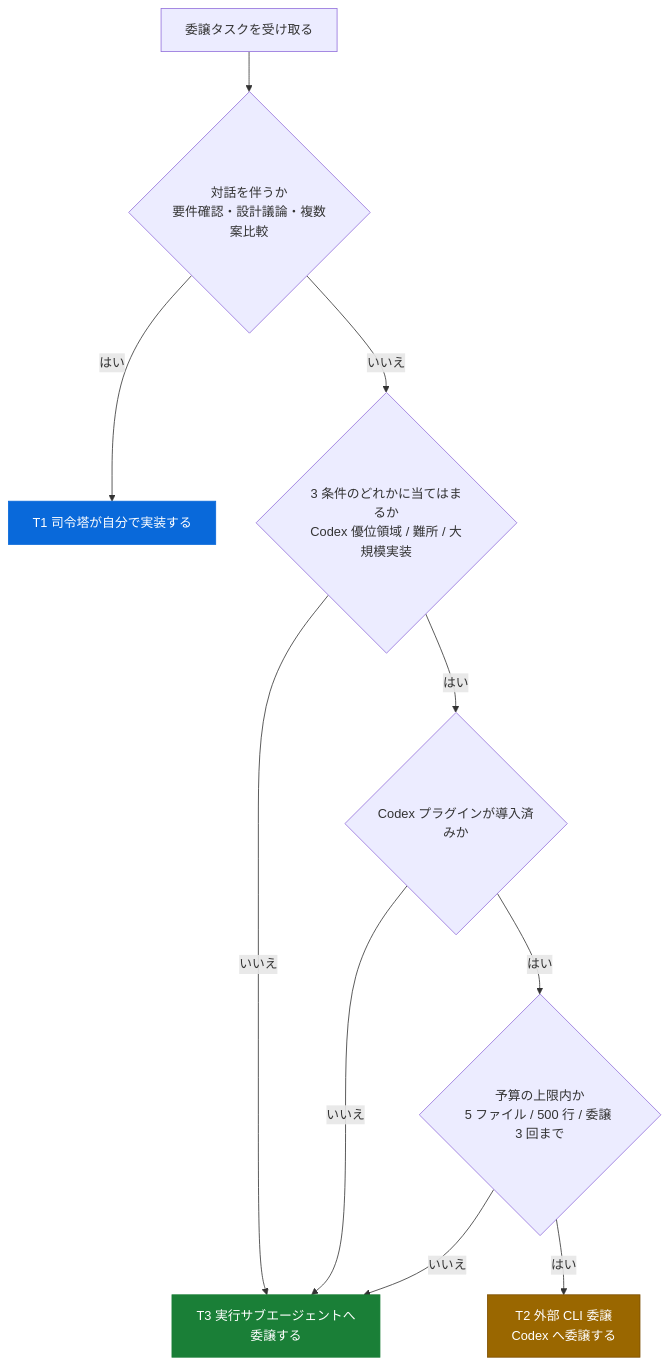
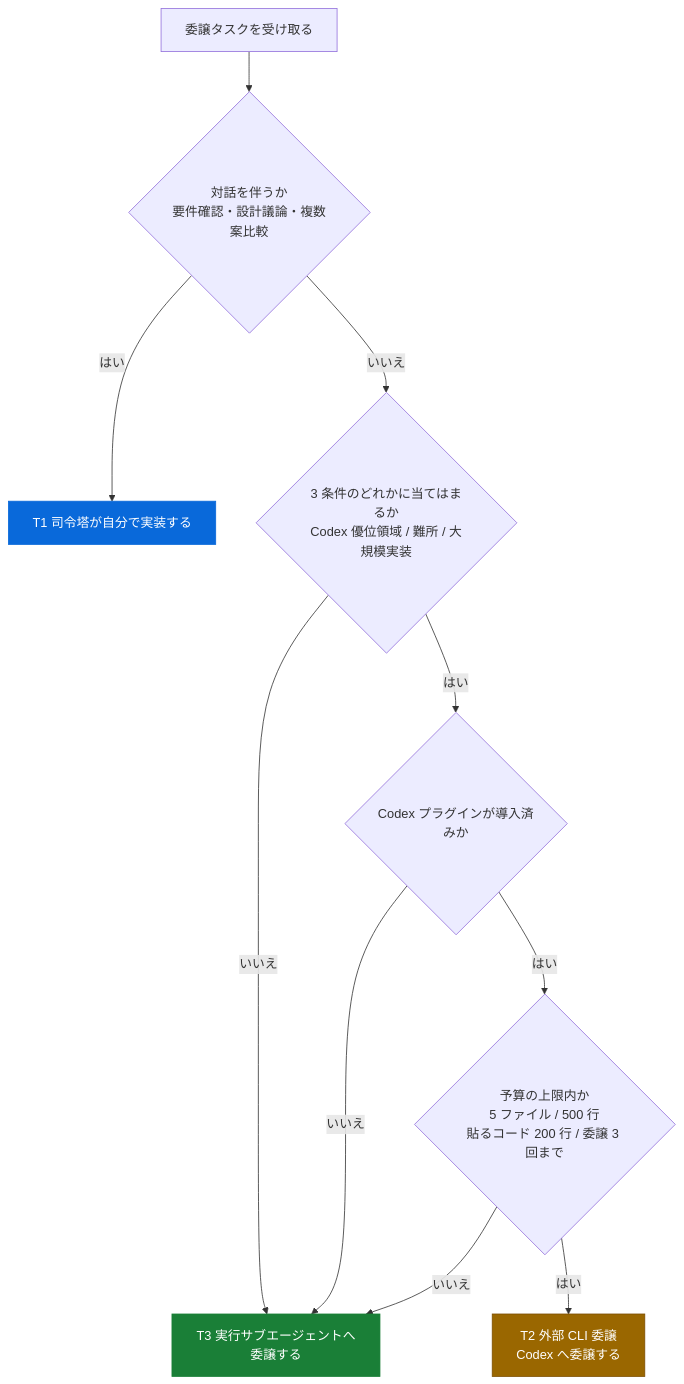
One commit to phantom-suzuki/dotfiles changed the diagram in private_dot_claude/skills/task-delegation/SKILL.md. Above: the diagram before and after it, drawn with Mermaid. The commit also changed other lines of this file and 2 other files, not shown here.

Commit message:
docs(codex): fix self-review ref and add pasted-code budget limit
CodeRabbit のレビュー指摘 2 件に対応する。

- self-review の effort 自動判定の参照先を、実装のある
  self-review/scripts/codex-review.sh に直す。参照先が
  references/review-prompts.md になっていた
- task-delegation の着手前チェックと Mermaid の予算判定に、
  「プロンプトに貼るコード 200 行」の上限を追記する。上限の一覧表には
  有ったが判定側に無く、貼付コードが 200 行を超えても T2 を選べていた

````diff
--- a/private_dot_claude/skills/task-delegation/SKILL.md
+++ b/private_dot_claude/skills/task-delegation/SKILL.md
@@ -73,19 +73,19 @@
 ```mermaid
 graph TD
   start[委譲タスクを受け取る] --> dialog{対話を伴うか<br/>要件確認・設計議論・複数案比較}
   dialog -- はい --> t1[T1 司令塔が自分で実装する]
   dialog -- いいえ --> cond{3 条件のどれかに当てはまるか<br/>Codex 優位領域 / 難所 / 大規模実装}
   cond -- いいえ --> t3[T3 実行サブエージェントへ委譲する]
   cond -- はい --> installed{Codex プラグインが導入済みか}
   installed -- いいえ --> t3
-  installed -- はい --> budget{予算の上限内か<br/>5 ファイル / 500 行 / 委譲 3 回まで}
+  installed -- はい --> budget{予算の上限内か<br/>5 ファイル / 500 行<br/>貼るコード 200 行 / 委譲 3 回まで}
   budget -- いいえ --> t3
   budget -- はい --> t2[T2 外部 CLI 委譲<br/>Codex へ委譲する]
 
   classDef commander fill:#0969da,stroke:#0969da,color:#ffffff;
   classDef codex fill:#9a6700,stroke:#7d4e00,color:#ffffff;
   classDef subagent fill:#1a7f37,stroke:#1a7f37,color:#ffffff;
   class t1 commander;
   class t2 codex;
   class t3 subagent;
 ```
````
